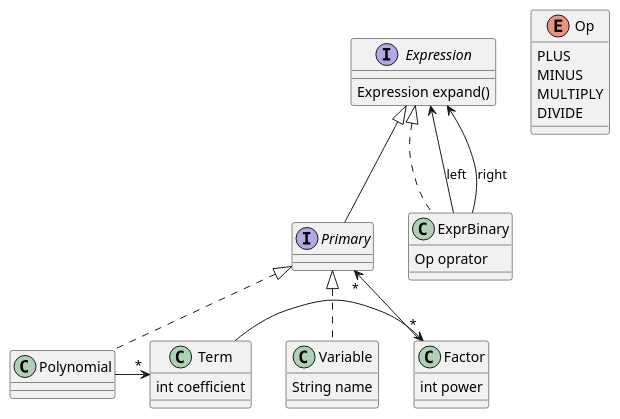
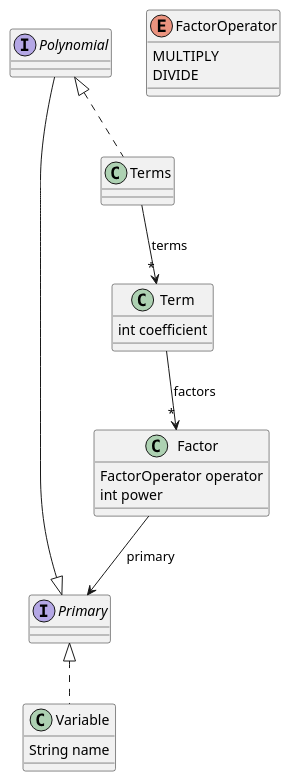
The diagram in doc/classes.plantuml (saka1029/form), drawn with PlantUML before and after one commit. The commit also changed 17 other files, not shown here.

```diff
--- a/doc/classes.plantuml
+++ b/doc/classes.plantuml
@@ -1,34 +1,26 @@
 @startuml form
-interface Expression {
-    Expression expand()
-}
-enum Op {
-    PLUS
-    MINUS
+enum FactorOperator {
     MULTIPLY
     DIVIDE
 }
-class ExprBinary {
-    Op oprator
+interface Polynomial
+Polynomial --|> Primary
+class Terms {
 }
-interface Primary
-class Polynomial
+Terms .up.|> Polynomial
 class Term {
     int coefficient
 }
+Terms --> "*" Term : terms
 class Factor {
+    FactorOperator operator
     int power
 }
+Factor --> Primary : primary
+Term --> "*" Factor : factors
+interface Primary
 class Variable {
     String name
 }
-ExprBinary .up.|> Expression
-Primary -up-|> Expression
-Polynomial .up.|> Primary
-Polynomial -right-> "*" Term
-Term -right-> "*" Factor
 Variable .up.|> Primary
-ExprBinary --> Expression : left
-ExprBinary --> Expression : right
-Factor -->  "*"Primary
 @enduml
```
